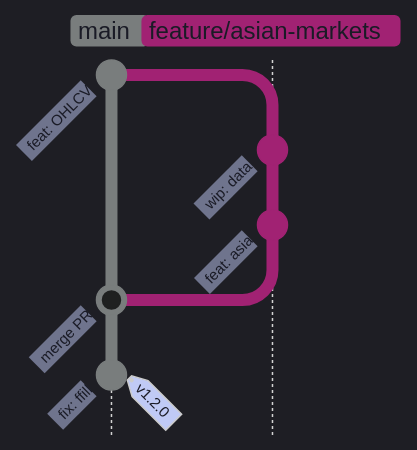
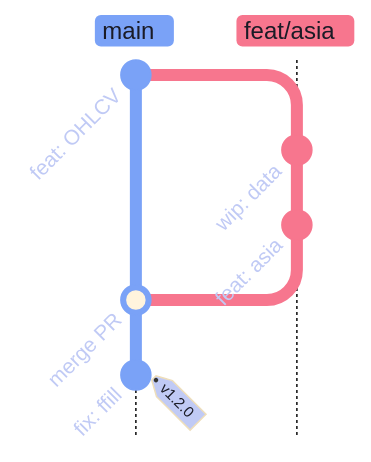
Before and after one commit to alp78/elysium: the second of 2 diagrams in content/08-Git/git-tagging-and-releases.md, drawn with Mermaid. The commit also changed other lines of this file and 14 other files, not shown here.

````diff
--- a/content/08-Git/git-tagging-and-releases.md
+++ b/content/08-Git/git-tagging-and-releases.md
@@ -218,11 +218,11 @@
 ```mermaid
-%%{init: {'theme': 'dark', 'themeVariables': {'commitLabelColor': '#1a1b26', 'commitLabelBackground': '#c0caf5', 'gitBranchLabel0': '#1a1b26', 'gitBranchLabel1': '#1a1b26', 'gitBranchLabel2': '#1a1b26', 'gitBranchLabel3': '#1a1b26', 'tagLabelColor': '#1a1b26', 'tagLabelBackground': '#c0caf5'}, 'gitGraph': {'mainBranchName': 'main'}} }%%
+%%{init: {'theme': 'base', 'themeVariables': {'git0': '#7aa2f7', 'git1': '#f7768e', 'git2': '#9ece6a', 'git3': '#e0af68', 'git4': '#bb9af7', 'gitBranchLabel0': '#1a1b26', 'gitBranchLabel1': '#1a1b26', 'gitBranchLabel2': '#1a1b26', 'gitBranchLabel3': '#1a1b26', 'commitLabelColor': '#c0caf5', 'commitLabelBackground': 'transparent', 'commitLabelFontSize': '14px', 'tagLabelColor': '#1a1b26', 'tagLabelBackground': '#c0caf5'}, 'gitGraph': {'mainBranchName': 'main'}} }%%
 gitGraph TB:
   commit id: "feat: OHLCV"
-  branch feature/asian-markets
+  branch feat/asia
   commit id: "wip: data"
   commit id: "feat: asia"
   checkout main
-  merge feature/asian-markets id: "merge PR"
+  merge feat/asia id: "merge PR"
   commit id: "fix: ffill" tag: "v1.2.0"
 ```
````
